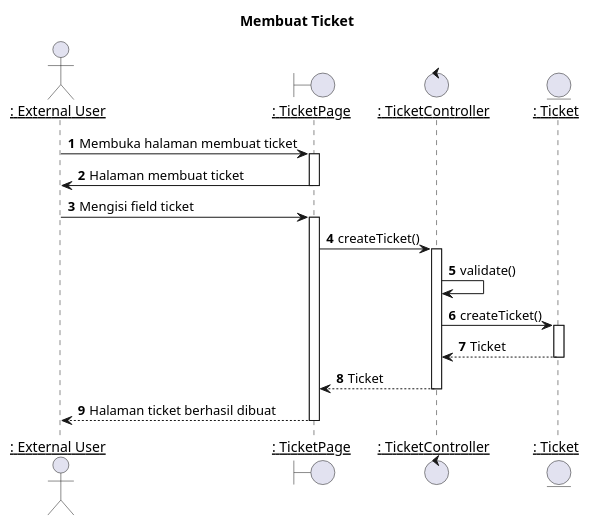
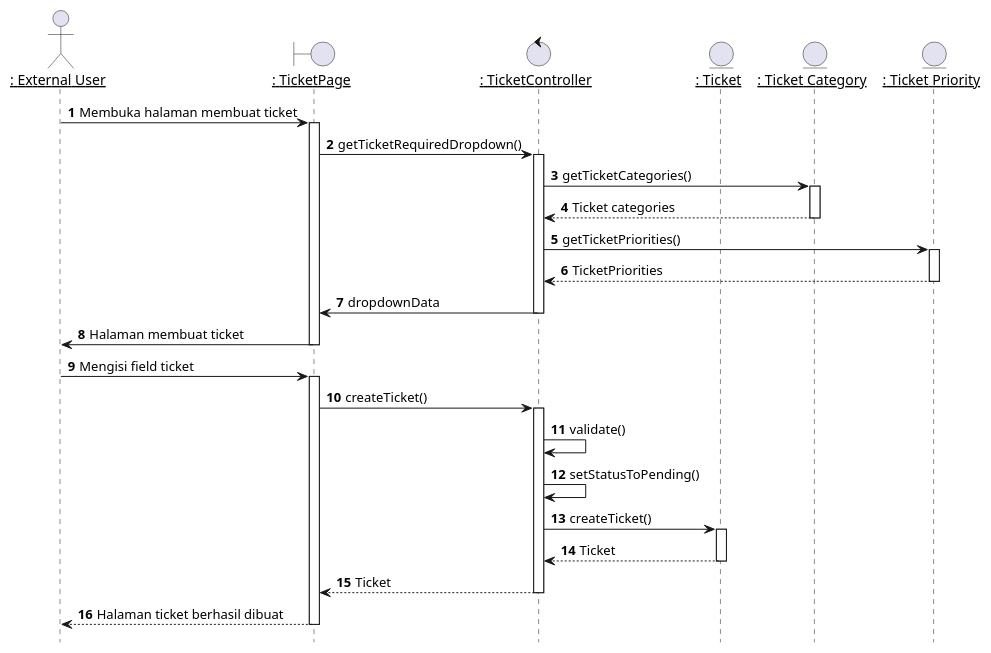
The diagram in plantuml/sequence/ex/ex3.puml (TAS-PKL/Laporan-PKL-Ticketing), drawn with PlantUML before and after one commit. The commit also changed 47 other files, not shown here.

```diff
--- a/plantuml/sequence/ex/ex3.puml
+++ b/plantuml/sequence/ex/ex3.puml
@@ -1,39 +1,64 @@
 @startuml Membuat Ticket
 
-title "Membuat Ticket"
+hide footbox
+
+' title "Membuat Ticket"
 
 actor EU as "__: External User__"
 boundary TicketPage as "__: TicketPage__"
 control TicketController as "__: TicketController__"
 entity Ticket as "__: Ticket__"
+entity TicketCategories as "__: Ticket Category__"
+entity TicketPriorities as "__: Ticket Priority__"
+
 
 autonumber 1
 EU -> TicketPage: Membuka halaman membuat ticket
 activate TicketPage
+
+TicketPage -> TicketController: getTicketRequiredDropdown()
+activate TicketController
+
+TicketController -> TicketCategories: getTicketCategories()
+activate TicketCategories
+
+TicketCategories --> TicketController : Ticket categories
+deactivate TicketCategories
+
+
+TicketController -> TicketPriorities: getTicketPriorities()
+activate TicketPriorities
+
+TicketPriorities --> TicketController : TicketPriorities
+deactivate TicketPriorities
+
+TicketController -> TicketPage: dropdownData
+deactivate TicketController
 
 TicketPage -> EU: Halaman membuat ticket
 deactivate TicketPage
 
 
 EU -> TicketPage: Mengisi field ticket
 activate TicketPage
 
 TicketPage -> TicketController: createTicket()
 activate TicketController
 
 TicketController -> TicketController: validate()
+TicketController -> TicketController: setStatusToPending()
 
 TicketController -> Ticket: createTicket()
 activate Ticket
 
 Ticket --> TicketController : Ticket
 deactivate Ticket
 
 TicketController --> TicketPage : Ticket
 deactivate TicketController
 
 TicketPage --> EU : Halaman ticket berhasil dibuat
 deactivate TicketPage
 
 
 @enduml
```
